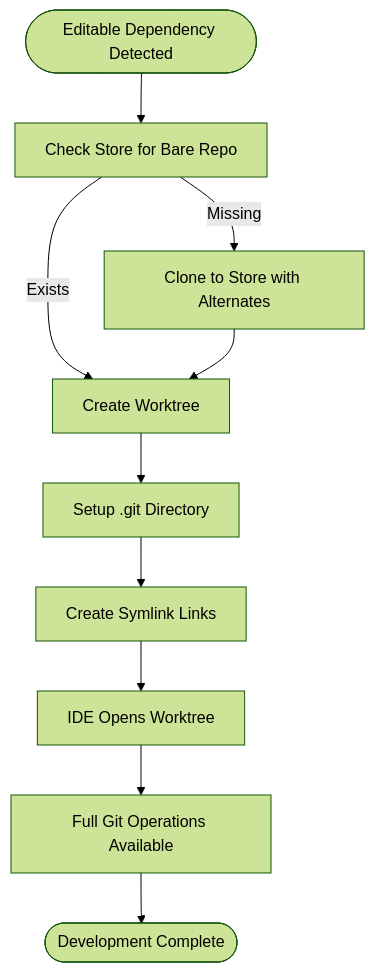
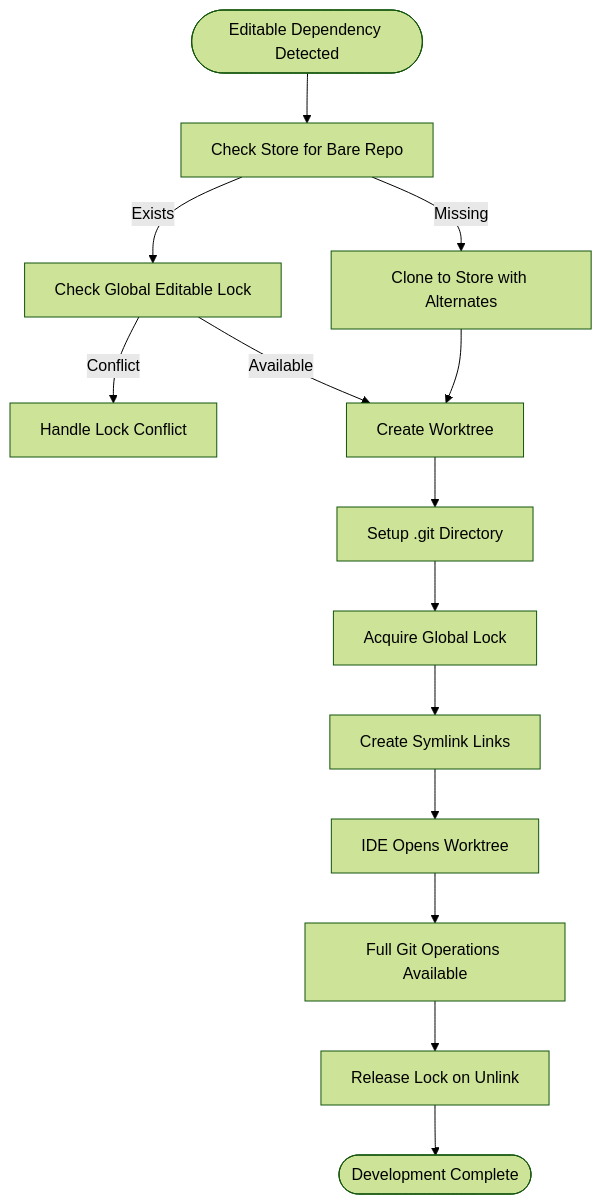
One commit to HWH-2019/vdw changed the fourth of 9 diagrams in .qoder/repowiki/en/content/Core Features Documentation/Git Worktree Integration (Editable Mode).md. Above: the diagram before and after it, drawn with Mermaid (forest theme). The commit also changed other lines of this file and 6 other files, not shown here.

````diff
--- a/.qoder/repowiki/en/content/Core Features Documentation/Git Worktree Integration (Editable Mode).md
+++ b/.qoder/repowiki/en/content/Core Features Documentation/Git Worktree Integration (Editable Mode).md
@@ -221,12 +263,16 @@
 ```mermaid
 flowchart TD
 Start(["Editable Dependency Detected"]) --> CheckStore["Check Store for Bare Repo"]
-CheckStore --> |Exists| CreateWT["Create Worktree"]
+CheckStore --> |Exists| CheckLock["Check Global Editable Lock"]
 CheckStore --> |Missing| CloneRepo["Clone to Store with Alternates"]
+CheckLock --> |Conflict| HandleConflict["Handle Lock Conflict"]
+CheckLock --> |Available| CreateWT["Create Worktree"]
 CloneRepo --> CreateWT
 CreateWT --> SetupGit["Setup .git Directory"]
-SetupGit --> CreateLinks["Create Symlink Links"]
+SetupGit --> AcquireLock["Acquire Global Lock"]
+AcquireLock --> CreateLinks["Create Symlink Links"]
 CreateLinks --> IDEOpen["IDE Opens Worktree"]
 IDEOpen --> EditMode["Full Git Operations Available"]
-EditMode --> End(["Development Complete"])
+EditMode --> ReleaseLock["Release Lock on Unlink"]
+ReleaseLock --> End(["Development Complete"])
 ```
````
